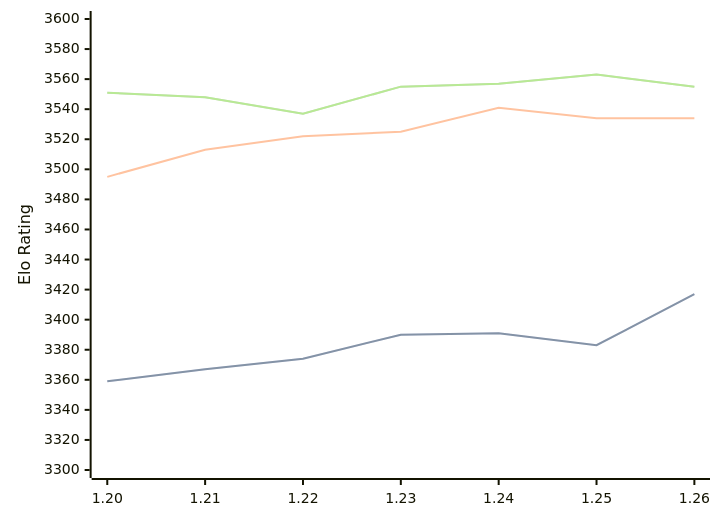
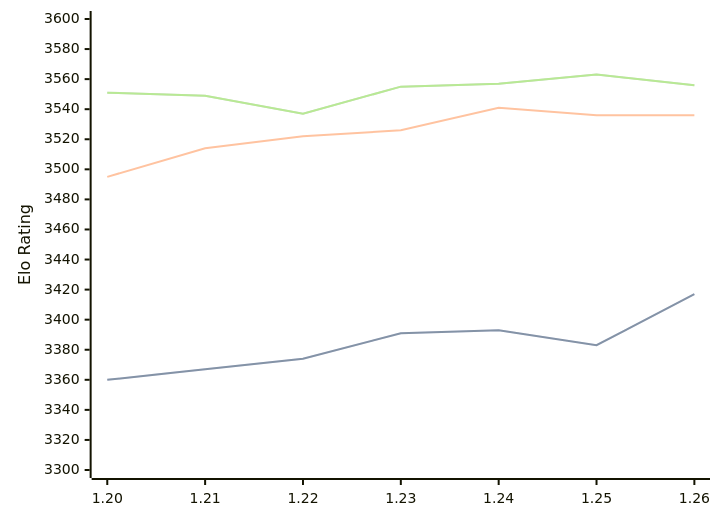
The diagram in engines/Caissa.md (computer-chess-index/cci), drawn with Mermaid before and after one commit. The commit also changed other lines of this file, not shown here.

Commit message:
Update CCI Ratings (ELO VLTC) - 2026-09-08

````diff
--- a/engines/Caissa.md
+++ b/engines/Caissa.md
@@ -37,11 +37,11 @@
 ```mermaid
 %%{init: {"theme":"base","themeVariables":{"seriesColors:['#a3a3a3','#222221','#faa371']}}}%%
 xychart-beta
   x-axis ["1.20", "1.21", "1.22", "1.23", "1.24", "1.25", "1.26"]
   y-axis "Elo Rating" 3300 --> 3600
-  line "" [3359, 3367, 3374, 3390, 3391, 3383, 3417]
-  line "STC (8.0+0.08s)" [3359, 3367, 3374, 3390, 3391, 3383, 3417]
-  line "LTC (60.0+0.60s)" [3495, 3513, 3522, 3525, 3541, 3534, 3534]
-  line "" [3551, 3548, 3537, 3555, 3557, 3563, 3555]
-  line "VLTC (2m24s+1.12s)" [3551, 3548, 3537, 3555, 3557, 3563, 3555]
+  line "" [3360, 3367, 3374, 3391, 3393, 3383, 3417]
+  line "STC (8.0+0.08s)" [3360, 3367, 3374, 3391, 3393, 3383, 3417]
+  line "LTC (60.0+0.60s)" [3495, 3514, 3522, 3526, 3541, 3536, 3536]
+  line "" [3551, 3549, 3537, 3555, 3557, 3563, 3556]
+  line "VLTC (2m24s+1.12s)" [3551, 3549, 3537, 3555, 3557, 3563, 3556]
 ```
````
